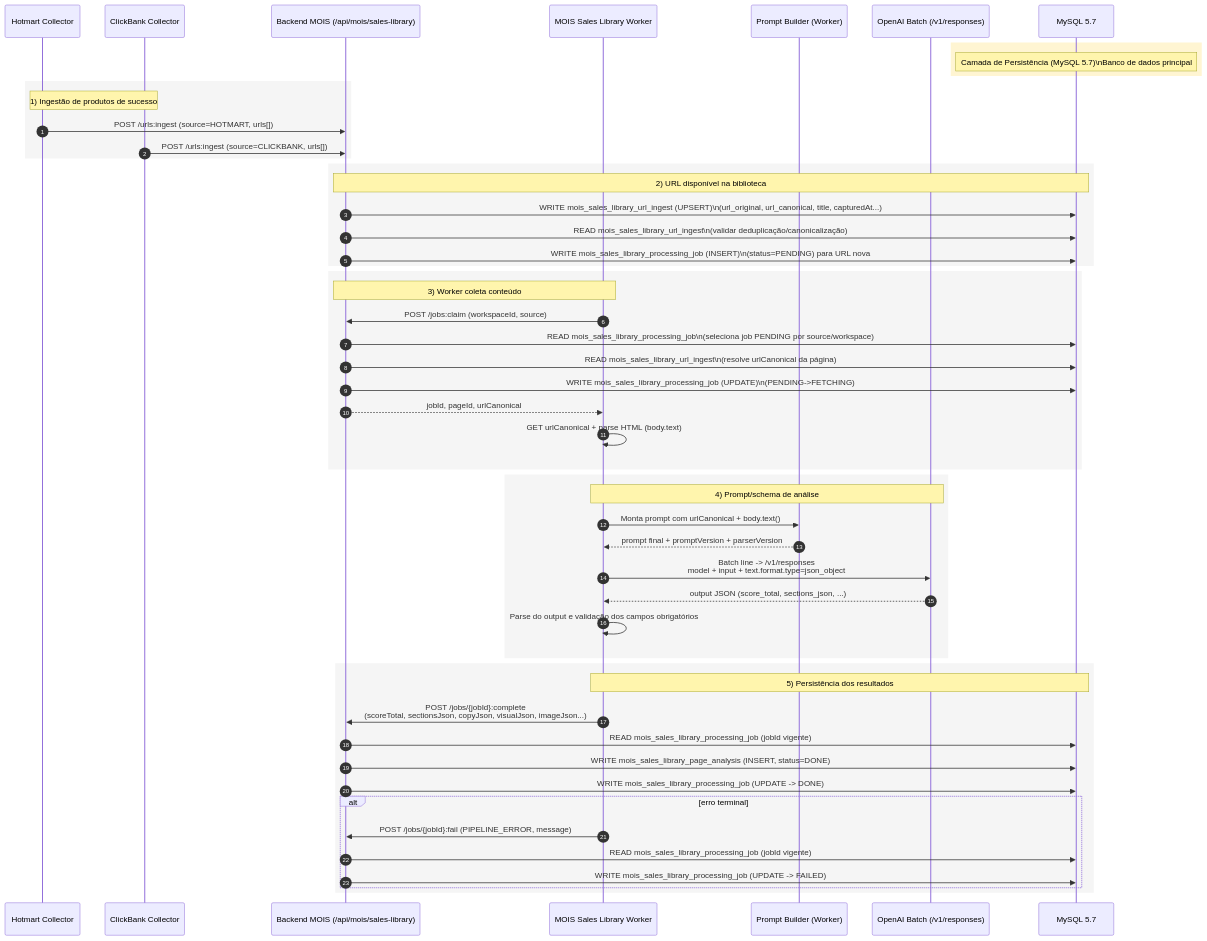
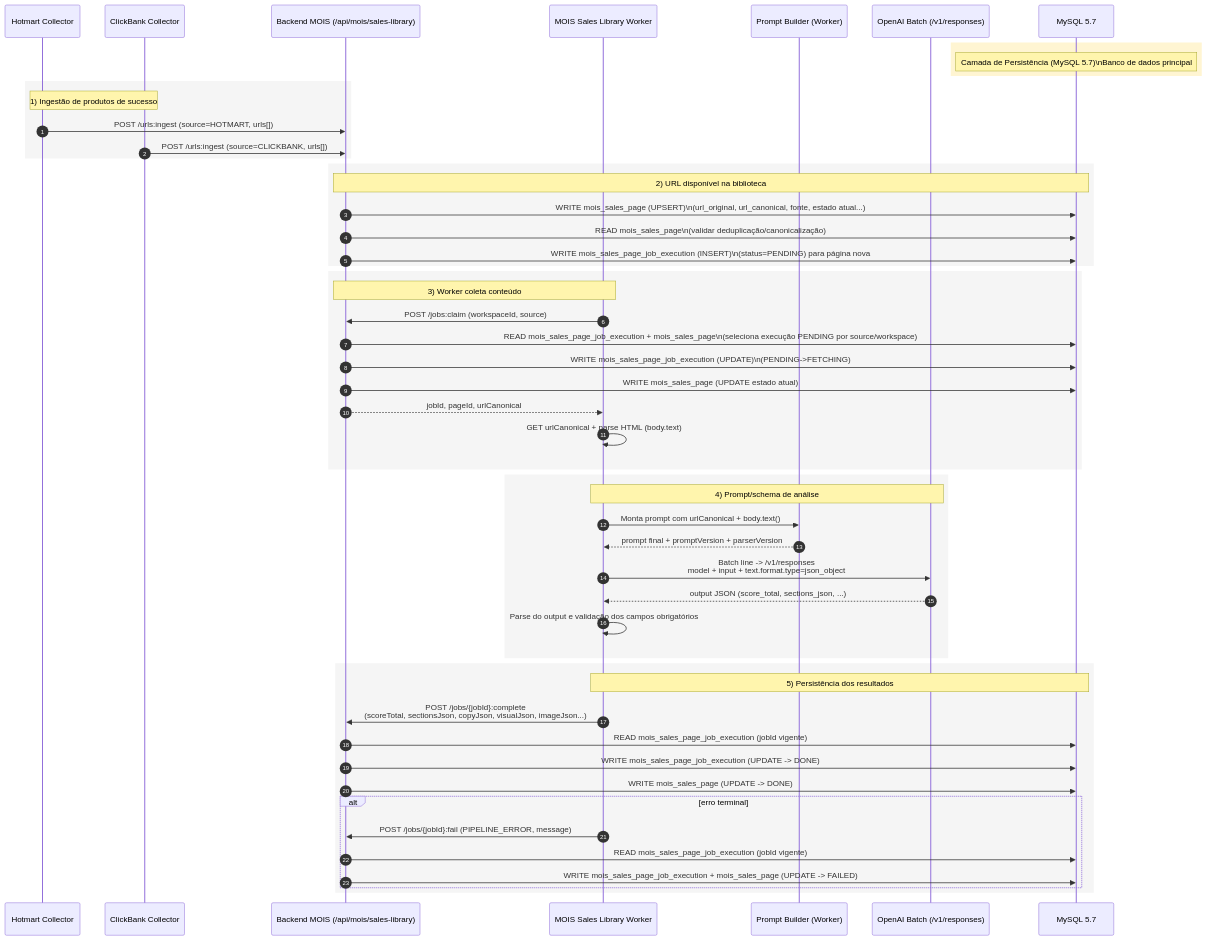
The first of 7 diagrams in docs/canonical/mois-worker-canon.v1.md (paulofor/marketing-hub), drawn with Mermaid before and after one commit. The commit also changed other lines of this file and 8 other files, not shown here.

Commit message:
Execute MOIS sales page phase 5

````diff
--- a/docs/canonical/mois-worker-canon.v1.md
+++ b/docs/canonical/mois-worker-canon.v1.md
@@ -143,61 +143,61 @@
 ```mermaid
 sequenceDiagram
     autonumber
     participant HC as Hotmart Collector
     participant CC as ClickBank Collector
     participant API as Backend MOIS (/api/mois/sales-library)
     participant WK as MOIS Sales Library Worker
     participant PR as Prompt Builder (Worker)
     participant OAI as OpenAI Batch (/v1/responses)
     participant DB as MySQL 5.7
 
     %% Banco destacado com cor própria
     rect rgb(255, 245, 210)
     Note over DB: Camada de Persistência (MySQL 5.7)\nBanco de dados principal
     end
 
     rect rgb(245,245,245)
     Note over HC,CC: 1) Ingestão de produtos de sucesso
     HC->>API: POST /urls:ingest (source=HOTMART, urls[])
     CC->>API: POST /urls:ingest (source=CLICKBANK, urls[])
     end
 
     rect rgb(245,245,245)
     Note over API,DB: 2) URL disponível na biblioteca
-    API->>DB: WRITE mois_sales_library_url_ingest (UPSERT)\n(url_original, url_canonical, title, capturedAt...)
-    API->>DB: READ mois_sales_library_url_ingest\n(validar deduplicação/canonicalização)
-    API->>DB: WRITE mois_sales_library_processing_job (INSERT)\n(status=PENDING) para URL nova
+    API->>DB: WRITE mois_sales_page (UPSERT)\n(url_original, url_canonical, fonte, estado atual...)
+    API->>DB: READ mois_sales_page\n(validar deduplicação/canonicalização)
+    API->>DB: WRITE mois_sales_page_job_execution (INSERT)\n(status=PENDING) para página nova
     end
 
     rect rgb(245,245,245)
     Note over WK,API: 3) Worker coleta conteúdo
     WK->>API: POST /jobs:claim (workspaceId, source)
-    API->>DB: READ mois_sales_library_processing_job\n(seleciona job PENDING por source/workspace)
-    API->>DB: READ mois_sales_library_url_ingest\n(resolve urlCanonical da página)
-    API->>DB: WRITE mois_sales_library_processing_job (UPDATE)\n(PENDING->FETCHING)
+    API->>DB: READ mois_sales_page_job_execution + mois_sales_page\n(seleciona execução PENDING por source/workspace)
+    API->>DB: WRITE mois_sales_page_job_execution (UPDATE)\n(PENDING->FETCHING)
+    API->>DB: WRITE mois_sales_page (UPDATE estado atual)
     API-->>WK: jobId, pageId, urlCanonical
     WK->>WK: GET urlCanonical + parse HTML (body.text)
     end
 
     rect rgb(245,245,245)
     Note over WK,OAI: 4) Prompt/schema de análise
     WK->>PR: Monta prompt com urlCanonical + body.text()
     PR-->>WK: prompt final + promptVersion + parserVersion
     WK->>OAI: Batch line -> /v1/responses<br/>model + input + text.format.type=json_object
     OAI-->>WK: output JSON (score_total, sections_json, ...)
     WK->>WK: Parse do output e validação dos campos obrigatórios
     end
 
     rect rgb(245,245,245)
     Note over WK,DB: 5) Persistência dos resultados
     WK->>API: POST /jobs/{jobId}:complete<br/>(scoreTotal, sectionsJson, copyJson, visualJson, imageJson...)
-    API->>DB: READ mois_sales_library_processing_job (jobId vigente)
-    API->>DB: WRITE mois_sales_library_page_analysis (INSERT, status=DONE)
-    API->>DB: WRITE mois_sales_library_processing_job (UPDATE -> DONE)
+    API->>DB: READ mois_sales_page_job_execution (jobId vigente)
+    API->>DB: WRITE mois_sales_page_job_execution (UPDATE -> DONE)
+    API->>DB: WRITE mois_sales_page (UPDATE -> DONE)
     alt erro terminal
       WK->>API: POST /jobs/{jobId}:fail (PIPELINE_ERROR, message)
-      API->>DB: READ mois_sales_library_processing_job (jobId vigente)
-      API->>DB: WRITE mois_sales_library_processing_job (UPDATE -> FAILED)
+      API->>DB: READ mois_sales_page_job_execution (jobId vigente)
+      API->>DB: WRITE mois_sales_page_job_execution + mois_sales_page (UPDATE -> FAILED)
     end
     end
 ```
````
